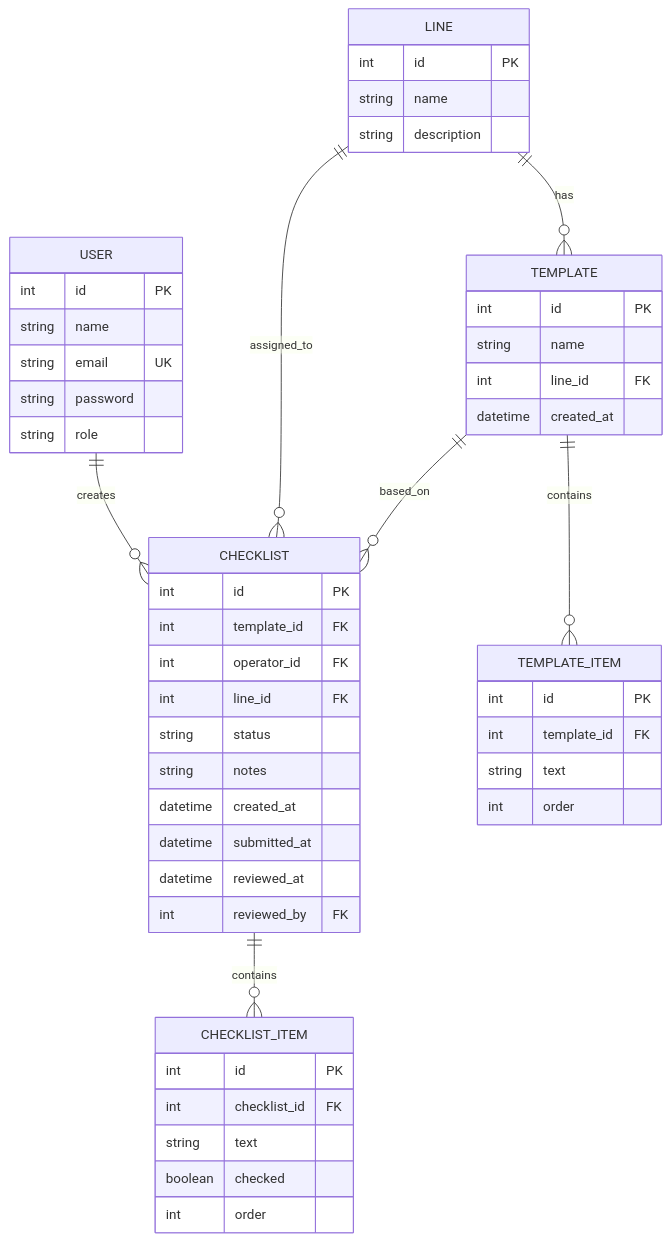
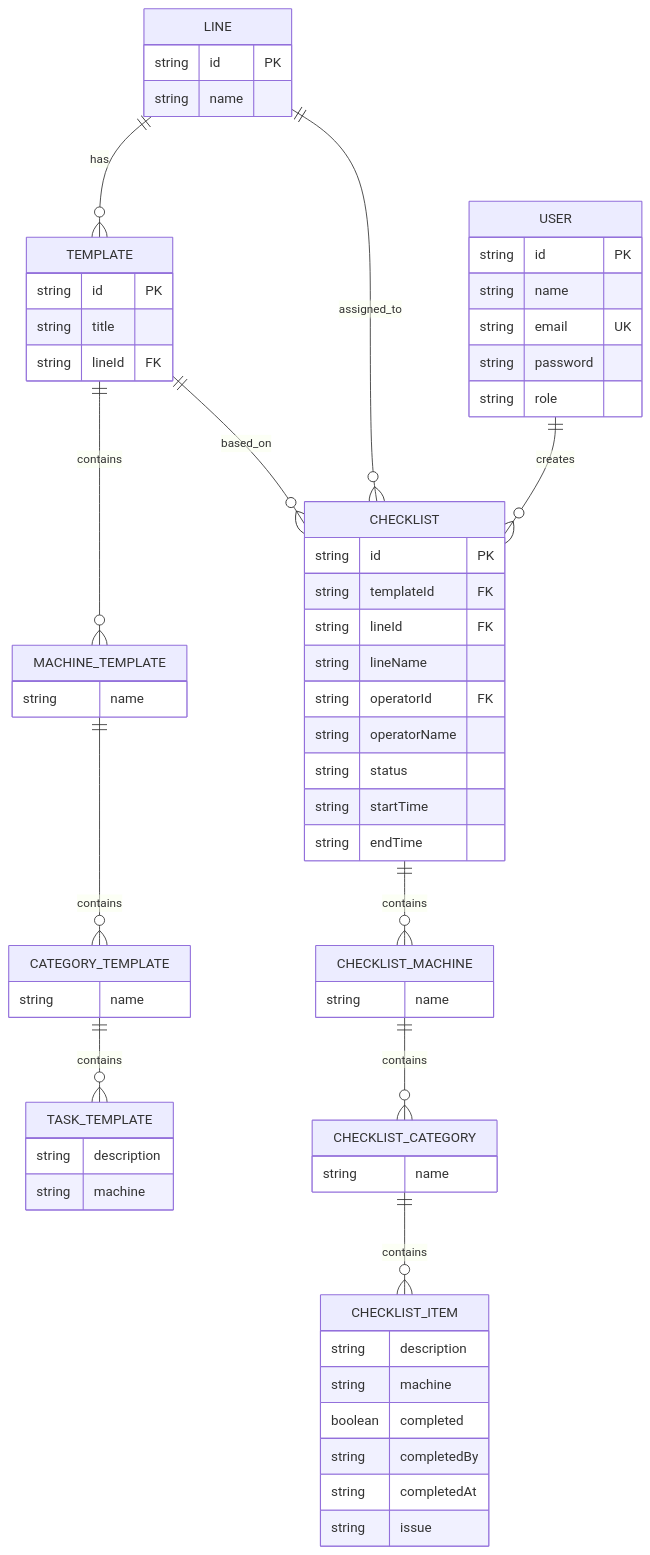
One commit to RoshanSanjeev7/GalloSanitizationMVP changed the first of 4 diagrams in wiki/2-Technical-Blueprints-Backend.md. Above: the diagram before and after it, drawn with Mermaid. The commit also changed other lines of this file and 38 other files, not shown here.

````diff
--- a/wiki/2-Technical-Blueprints-Backend.md
+++ b/wiki/2-Technical-Blueprints-Backend.md
@@ -13,57 +13,73 @@
 ```mermaid
 erDiagram
     USER ||--o{ CHECKLIST : creates
     USER {
-        int id PK
+        string id PK
         string name
         string email UK
         string password
         string role
     }
 
     LINE ||--o{ TEMPLATE : has
     LINE ||--o{ CHECKLIST : assigned_to
     LINE {
-        int id PK
+        string id PK
         string name
-        string description
     }
 
-    TEMPLATE ||--o{ TEMPLATE_ITEM : contains
+    TEMPLATE ||--o{ MACHINE_TEMPLATE : contains
     TEMPLATE ||--o{ CHECKLIST : based_on
     TEMPLATE {
-        int id PK
-        string name
-        int line_id FK
-        datetime created_at
+        string id PK
+        string title
+        string lineId FK
     }
 
-    TEMPLATE_ITEM {
-        int id PK
-        int template_id FK
-        string text
-        int order
+    MACHINE_TEMPLATE ||--o{ CATEGORY_TEMPLATE : contains
+    MACHINE_TEMPLATE {
+        string name
     }
 
-    CHECKLIST ||--o{ CHECKLIST_ITEM : contains
+    CATEGORY_TEMPLATE ||--o{ TASK_TEMPLATE : contains
+    CATEGORY_TEMPLATE {
+        string name
+    }
+
+    TASK_TEMPLATE {
+        string description
+        string machine
+    }
+
+    CHECKLIST ||--o{ CHECKLIST_MACHINE : contains
     CHECKLIST {
-        int id PK
-        int template_id FK
-        int operator_id FK
-        int line_id FK
+        string id PK
+        string templateId FK
+        string lineId FK
+        string lineName
+        string operatorId FK
+        string operatorName
         string status
-        string notes
-        datetime created_at
-        datetime submitted_at
-        datetime reviewed_at
-        int reviewed_by FK
+        string startTime
+        string endTime
+    }
+
+    CHECKLIST_MACHINE ||--o{ CHECKLIST_CATEGORY : contains
+    CHECKLIST_MACHINE {
+        string name
+    }
+
+    CHECKLIST_CATEGORY ||--o{ CHECKLIST_ITEM : contains
+    CHECKLIST_CATEGORY {
+        string name
     }
 
     CHECKLIST_ITEM {
-        int id PK
-        int checklist_id FK
-        string text
-        boolean checked
-        int order
+        string description
+        string machine
+        boolean completed
+        string completedBy
+        string completedAt
+        string issue
     }
 ```
````
